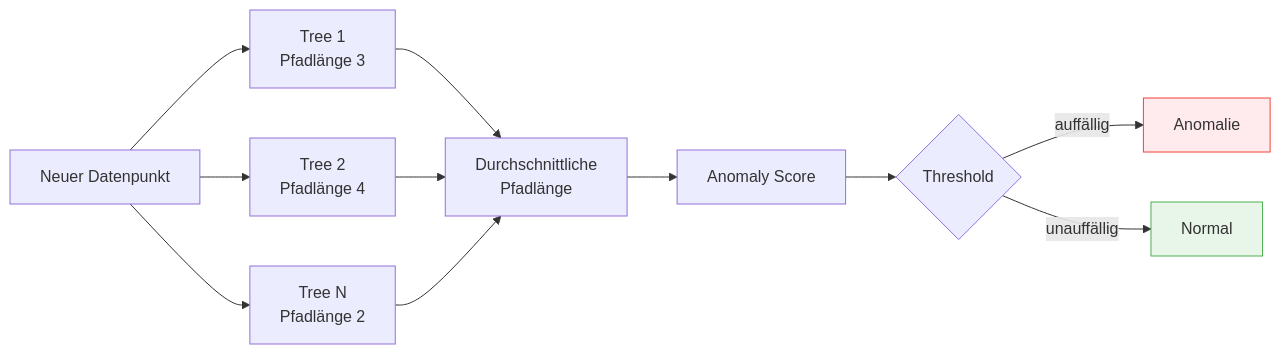
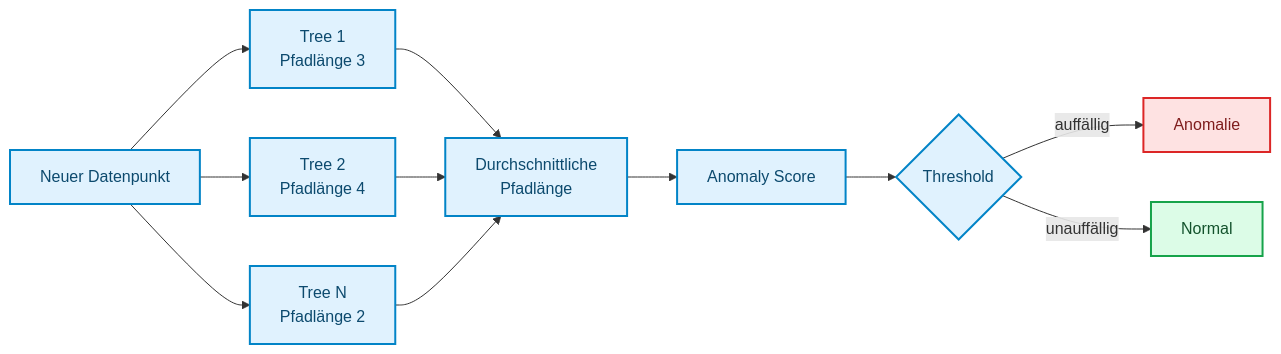
One commit to ralf-42/ML_Intro changed the fourth of 5 diagrams in docs/concepts/modeling/isolation-forest.md. Above: the diagram before and after it, drawn with Mermaid. The commit also changed other lines of this file and 67 other files, not shown here.

````diff
--- a/docs/concepts/modeling/isolation-forest.md
+++ b/docs/concepts/modeling/isolation-forest.md
@@ -172,18 +177,21 @@
 ```mermaid
 flowchart LR
     X["Neuer Datenpunkt"] --> T1["Tree 1<br/>Pfadlänge 3"]
     X --> T2["Tree 2<br/>Pfadlänge 4"]
     X --> T3["Tree N<br/>Pfadlänge 2"]
     
     T1 --> AVG["Durchschnittliche<br/>Pfadlänge"]
     T2 --> AVG
     T3 --> AVG
     
     AVG --> SCORE["Anomaly Score"]
     SCORE --> DEC{"Threshold"}
     DEC -->|"auffällig"| A["Anomalie"]
     DEC -->|"unauffällig"| N["Normal"]
-    
-    style A fill:#ffebee,stroke:#f44336
-    style N fill:#e8f5e9,stroke:#4caf50
+
+    classDef default fill:#e0f2fe,stroke:#0284c7,stroke-width:2px,color:#0c4a6e;
+    classDef output fill:#dcfce7,stroke:#16a34a,stroke-width:2px,color:#14532d;
+    classDef stop fill:#fee2e2,stroke:#dc2626,stroke-width:2px,color:#7f1d1d;
+    class N output;
+    class A stop;
 ```
````
